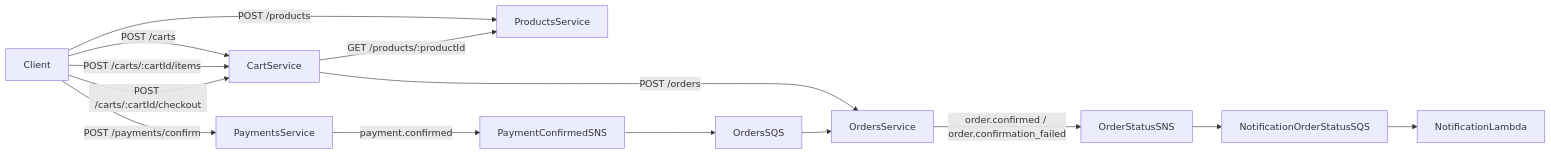
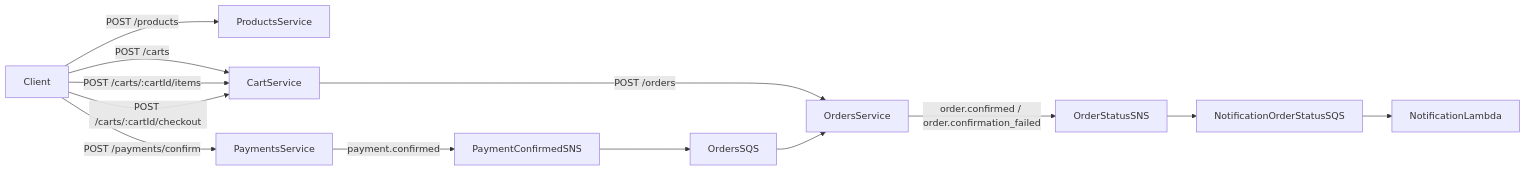
The second of 3 diagrams in docs/marketplace-simple-flow.md (dani-pereira-dev/microservice-sns-sqs), drawn with Mermaid before and after one commit. The commit also changed other lines of this file and 8 other files, not shown here.

````diff
--- a/docs/marketplace-simple-flow.md
+++ b/docs/marketplace-simple-flow.md
@@ -104,27 +106,26 @@
 ```mermaid
 flowchart LR
   Client[Client]
   Products[ProductsService]
   Cart[CartService]
   Orders[OrdersService]
   Payments[PaymentsService]
   PaymentTopic[PaymentConfirmedSNS]
   OrdersQueue[OrdersSQS]
   OrderStatusTopic[OrderStatusSNS]
   NotifyQueue[NotificationOrderStatusSQS]
   NotifyLambda[NotificationLambda]
 
   Client -->|"POST /carts"| Cart
   Client -->|"POST /products"| Products
   Client -->|"POST /carts/:cartId/items"| Cart
-  Cart -->|"GET /products/:productId"| Products
   Client -->|"POST /carts/:cartId/checkout"| Cart
   Cart -->|"POST /orders"| Orders
   Client -->|"POST /payments/confirm"| Payments
   Payments -->|"payment.confirmed"| PaymentTopic
   PaymentTopic --> OrdersQueue
   OrdersQueue --> Orders
   Orders -->|"order.confirmed / order.confirmation_failed"| OrderStatusTopic
   OrderStatusTopic --> NotifyQueue
   NotifyQueue --> NotifyLambda
 ```
````
